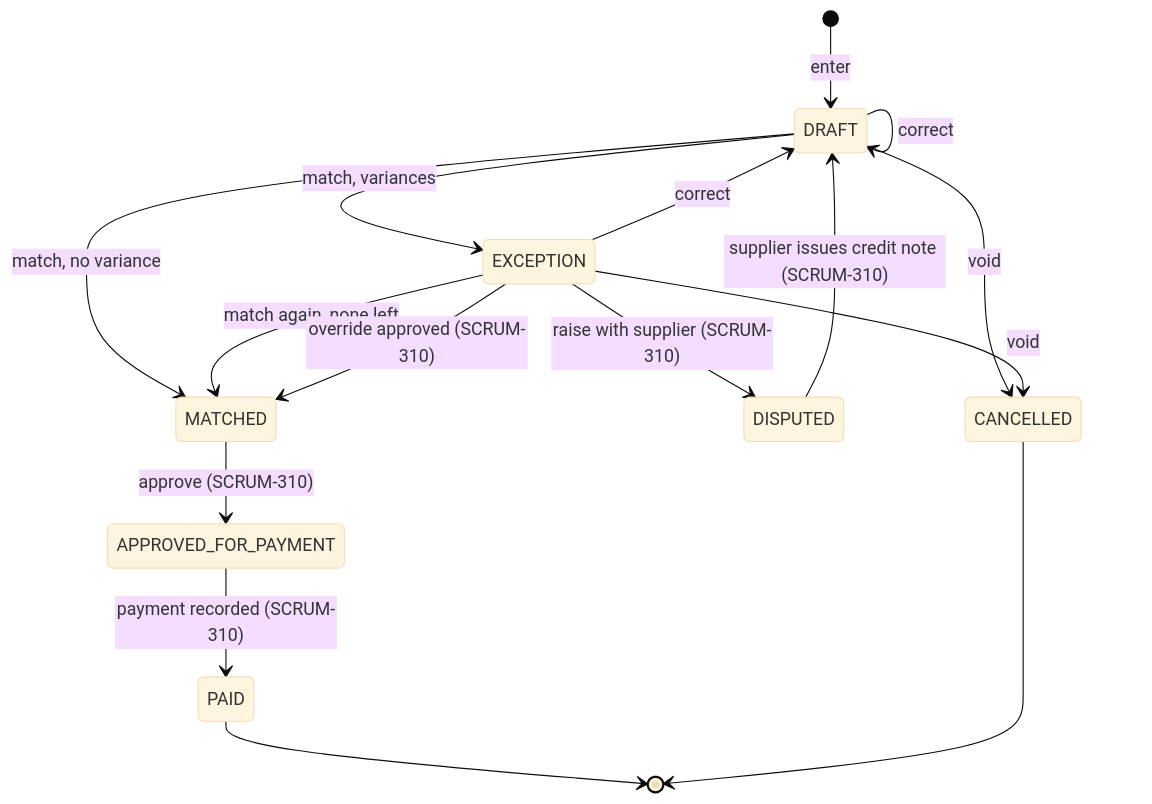
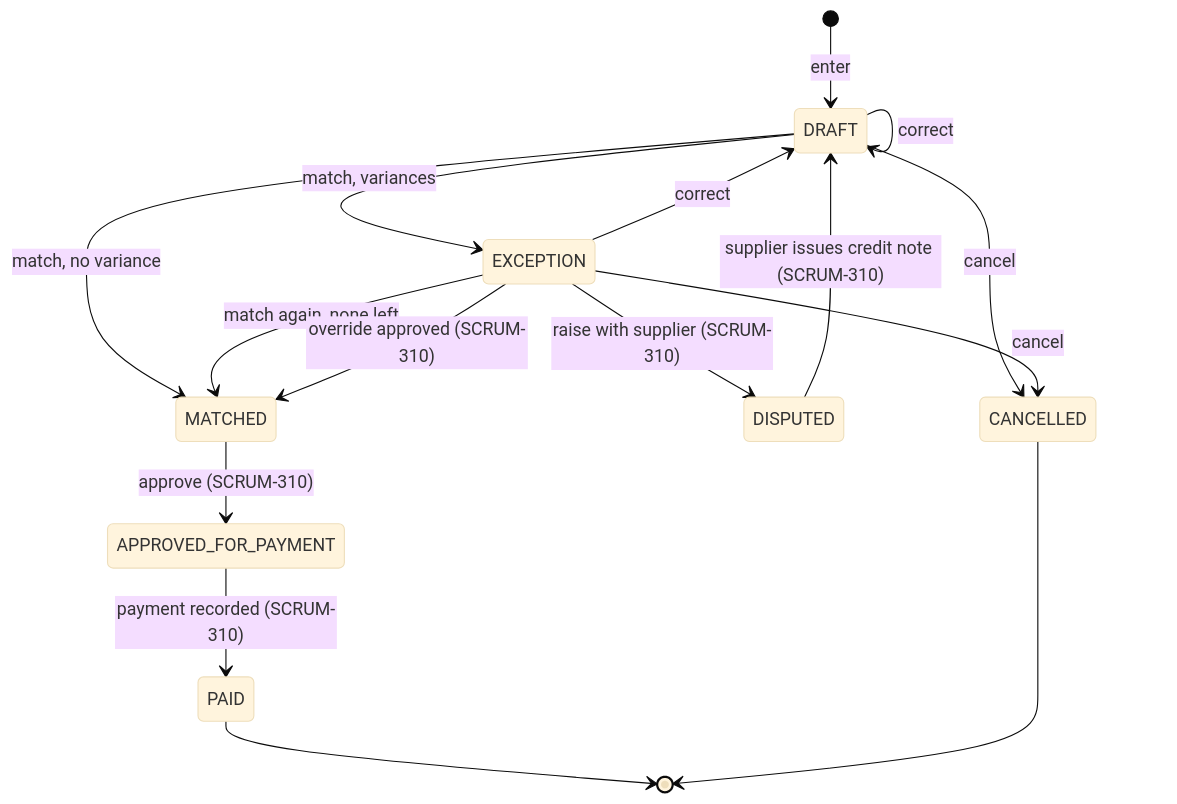
Before and after one commit to KLTN-FA26/be-backoffice-stockflow-commerce: the fourth of 19 diagrams in docs/business-design/03-state-machines.md, drawn with Mermaid (base theme). The commit also changed other lines of this file and 13 other files, not shown here.

First line of the commit message:
refactor(procurement): rename the supplier invoice void action to cancel

````diff
--- a/docs/business-design/03-state-machines.md
+++ b/docs/business-design/03-state-machines.md
@@ -179,18 +179,18 @@
 ```mermaid
 stateDiagram-v2
     [*] --> DRAFT: enter
     DRAFT --> MATCHED: match, no variance
     DRAFT --> EXCEPTION: match, variances
     EXCEPTION --> MATCHED: match again, none left
     EXCEPTION --> DRAFT: correct
     DRAFT --> DRAFT: correct
     EXCEPTION --> MATCHED: override approved (SCRUM-310)
     EXCEPTION --> DISPUTED: raise with supplier (SCRUM-310)
     DISPUTED --> DRAFT: supplier issues credit note (SCRUM-310)
     MATCHED --> APPROVED_FOR_PAYMENT: approve (SCRUM-310)
     APPROVED_FOR_PAYMENT --> PAID: payment recorded (SCRUM-310)
     PAID --> [*]
-    DRAFT --> CANCELLED: void
-    EXCEPTION --> CANCELLED: void
+    DRAFT --> CANCELLED: cancel
+    EXCEPTION --> CANCELLED: cancel
     CANCELLED --> [*]
 ```
````
